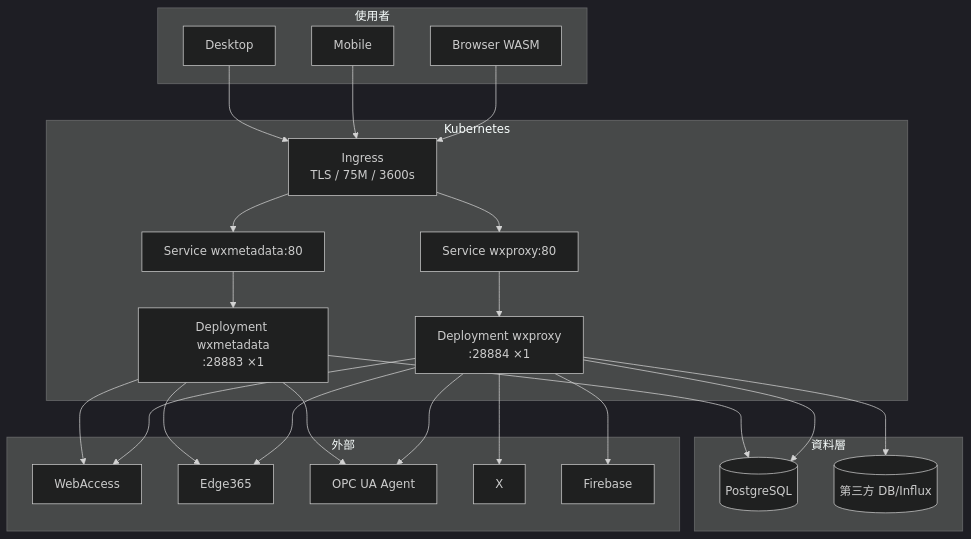
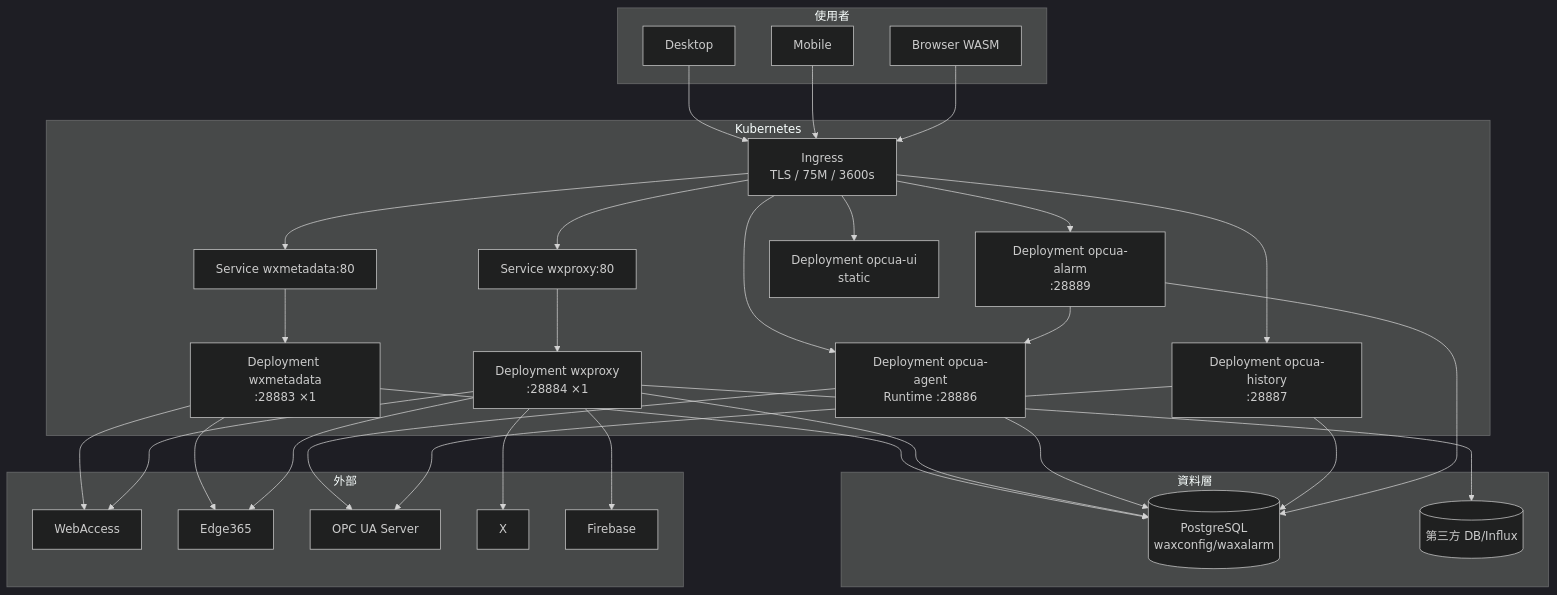
One commit to PochengChen-del/EdgeViewDoc changed the first of 2 diagrams in SDS/10_Deployment_and_Operations.md. Above: the diagram before and after it, drawn with Mermaid (dark theme). The commit also changed other lines of this file and 20 other files, not shown here.

````diff
--- a/SDS/10_Deployment_and_Operations.md
+++ b/SDS/10_Deployment_and_Operations.md
@@ -15,42 +18,54 @@
 ```mermaid
 flowchart TB
     subgraph Client["使用者"]
         D[Desktop]
         M[Mobile]
         W[Browser WASM]
     end
     subgraph K8s["Kubernetes"]
         ING[Ingress<br/>TLS / 75M / 3600s]
         MS[Service wxmetadata:80]
         PS[Service wxproxy:80]
         MD[Deployment wxmetadata<br/>:28883 ×1]
         PD[Deployment wxproxy<br/>:28884 ×1]
+        AD[Deployment opcua-agent<br/>Runtime :28886]
+        HD[Deployment opcua-history<br/>:28887]
+        LD[Deployment opcua-alarm<br/>:28889]
+        UD[Deployment opcua-ui<br/>static]
     end
     subgraph Data["資料層"]
-        PG[(PostgreSQL)]
+        PG[(PostgreSQL<br/>waxconfig/waxalarm)]
         EXT[(第三方 DB/Influx)]
     end
     subgraph Ext["外部"]
         WA[WebAccess]
         EH[Edge365]
-        OPC[OPC UA Agent]
+        OPC[OPC UA Server]
         X[X]
         FCM[Firebase]
     end
     D --> ING
     M --> ING
     W --> ING
     ING --> MS --> MD
     ING --> PS --> PD
+    ING --> AD
+    ING --> HD
+    ING --> LD
+    ING --> UD
     MD --> PG
     PD --> PG
+    AD --> PG
+    HD --> PG
+    LD --> PG
     PD --> EXT
     MD --> WA
     MD --> EH
-    MD --> OPC
     PD --> WA
     PD --> EH
-    PD --> OPC
     PD --> X
     PD --> FCM
+    AD --> OPC
+    HD --> OPC
+    LD --> AD
 ```
````
